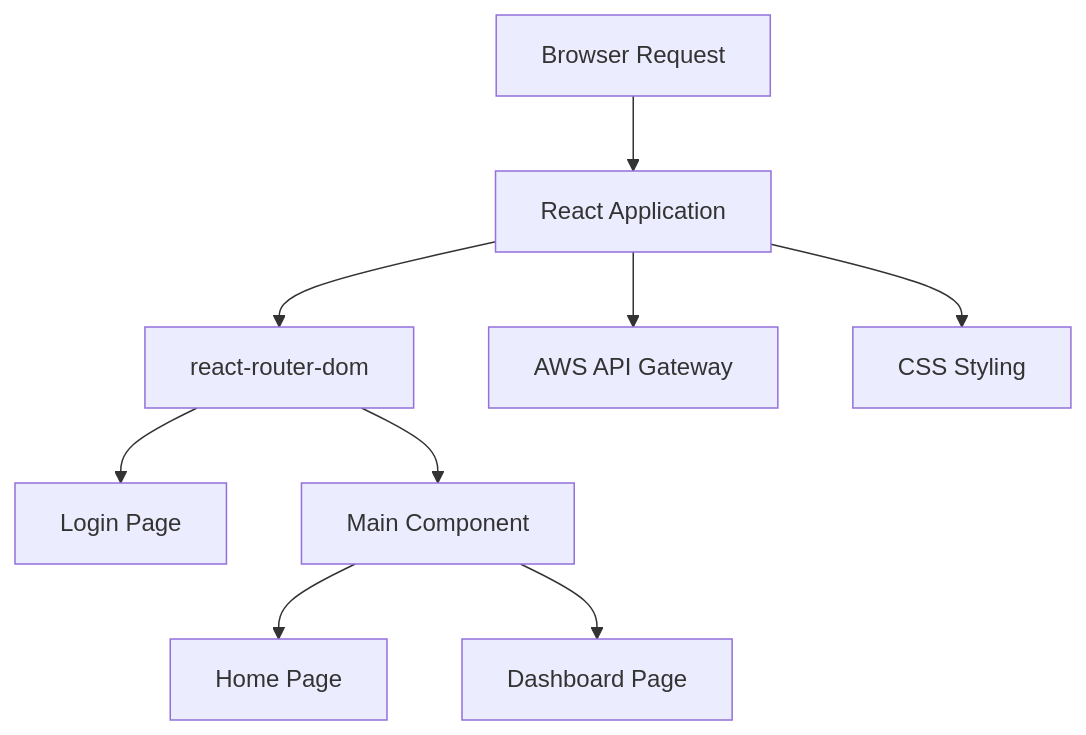
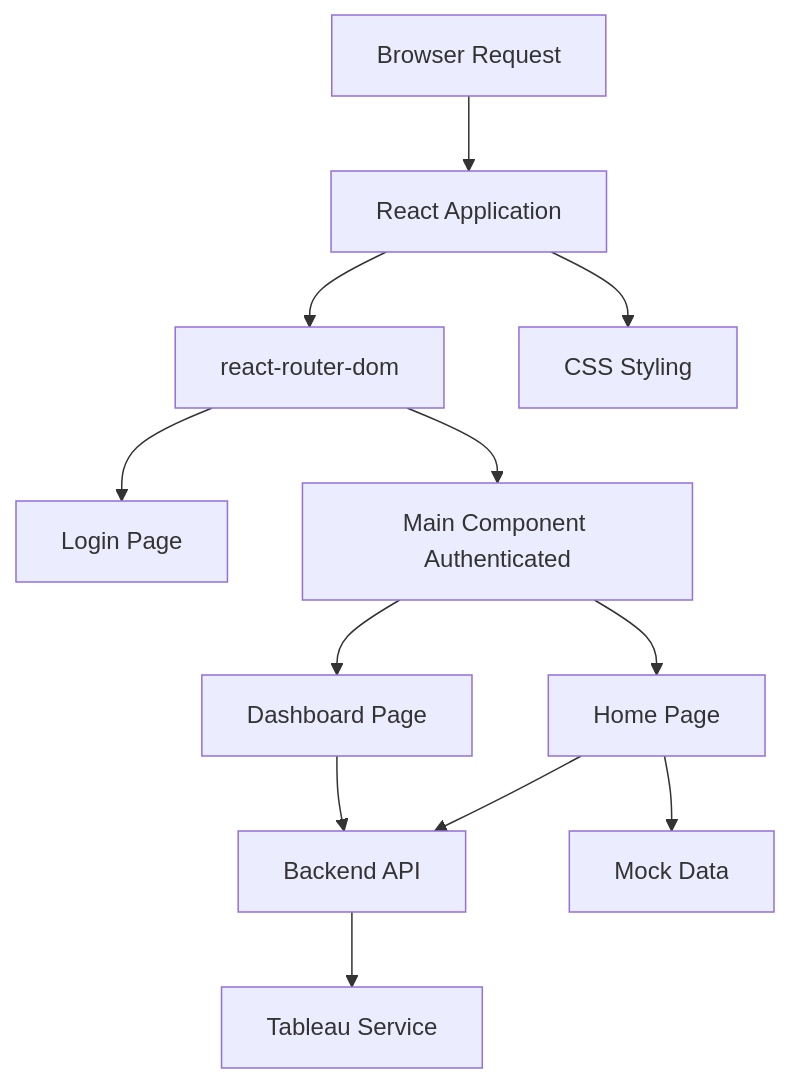
One commit to test-company-prowiz/tableau-frontend changed the diagram in docs/REPOSITORY_OVERVIEW.md. Above: the diagram before and after it, drawn with Mermaid. The commit also changed other lines of this file, not shown here.

````diff
--- a/docs/REPOSITORY_OVERVIEW.md
+++ b/docs/REPOSITORY_OVERVIEW.md
@@ -34,11 +39,14 @@
 ```mermaid
 graph TD
 BrowserRequest[Browser Request] --> ReactApp[React Application]
 ReactApp --> Router[react-router-dom]
-Router --> LoginPage[Login Page]
-Router --> AuthenticatedRoutes[Main Component]
-AuthenticatedRoutes --> HomePage[Home Page]
-AuthenticatedRoutes --> DashboardPage[Dashboard Page]
-ReactApp --> BackendAPI[AWS API Gateway]
-ReactApp --> CSSStyling[CSS Styling]
+Router --> Login[Login Page]
+Router --> MainComponent[Main Component Authenticated]
+MainComponent --> Home[Home Page]
+MainComponent --> Dashboard[Dashboard Page]
+Home --> APIBackend[Backend API]
+Dashboard --> APIBackend
+APIBackend --> TableauService[Tableau Service]
+Home --> MockData[Mock Data]
+ReactApp --> Styling[CSS Styling]
 ```
````
